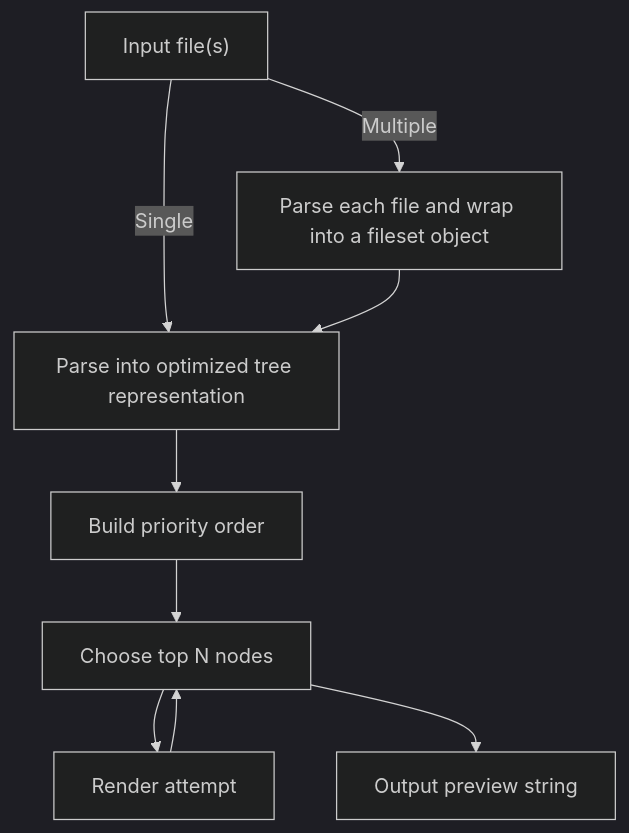
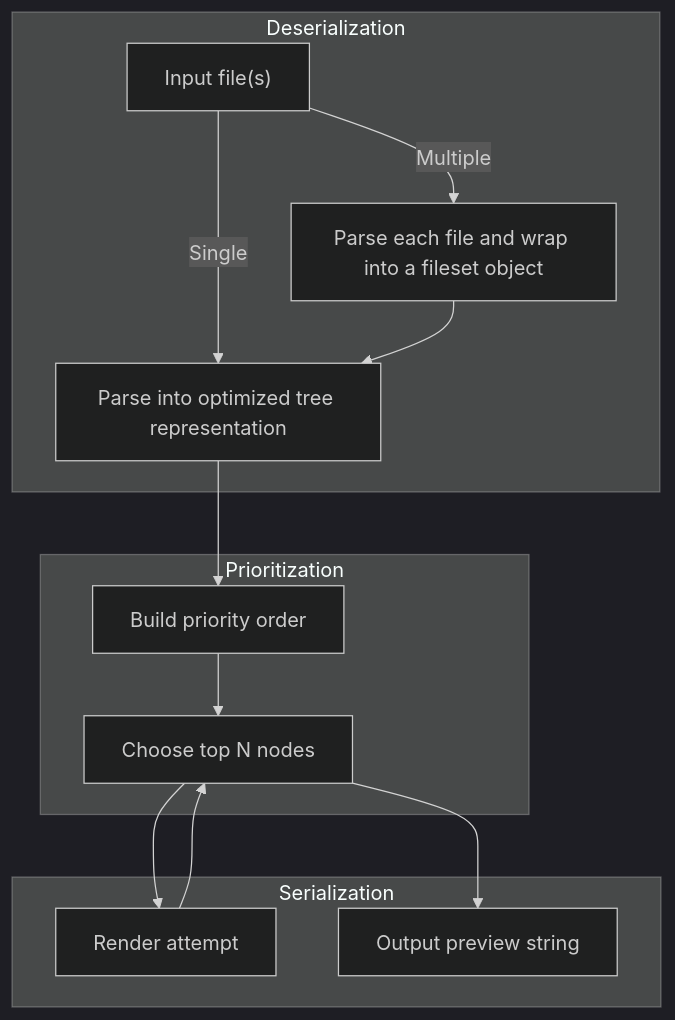
Before and after one commit to kantord/headson: the diagram in README.md, drawn with Mermaid (dark theme).

````diff
--- a/README.md
+++ b/README.md
@@ -153,11 +153,22 @@
 ```mermaid
 flowchart TD
-    A["Input file(s)"] -- Single --> C["Parse into optimized tree representation"]
-    A -- Multiple --> D["Parse each file and wrap into a fileset object"]
-    D --> C
-    C --> E["Build priority order"]
-    E --> F["Choose top N nodes"]
-    F --> G["Render attempt"]
+    subgraph Deserialization
+        A["Input file(s)"]
+        A -- Single --> C["Parse into optimized tree representation"]
+        A -- Multiple --> D["Parse each file and wrap into a fileset object"]
+        D --> C
+    end
+    subgraph Prioritization
+        E["Build priority order"]
+        F["Choose top N nodes"]
+    end
+    subgraph Serialization
+        G["Render attempt"]
+        H["Output preview string"]
+    end
+    C --> E
+    E --> F
+    F --> G
     G --> F
-    F --> H["Output preview string"]
+    F --> H
 ```
````
